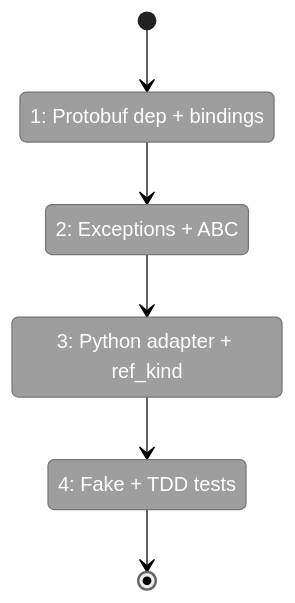
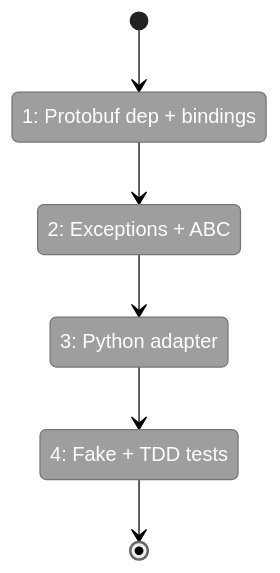
One commit to AI-Substrate/flow_squared changed the first of 2 diagrams in docs/plans/038-scip-cross-file-rels/tasks/phase-1-scip-adapter-foundation/tasks.fltplan.md. Above: the diagram before and after it, drawn with Mermaid (neutral theme). The commit also changed other lines of this file and 3 other files, not shown here.

First line of the commit message:
Drop ref_kind from SCIP plan (DYK-038-01)

````diff
--- a/docs/plans/038-scip-cross-file-rels/tasks/phase-1-scip-adapter-foundation/tasks.fltplan.md
+++ b/docs/plans/038-scip-cross-file-rels/tasks/phase-1-scip-adapter-foundation/tasks.fltplan.md
@@ -40,20 +40,20 @@
 ```mermaid
 stateDiagram-v2
     classDef pending fill:#9E9E9E,stroke:#757575,color:#fff
     classDef active fill:#FFC107,stroke:#FFA000,color:#000
     classDef done fill:#4CAF50,stroke:#388E3C,color:#fff
     classDef blocked fill:#F44336,stroke:#D32F2F,color:#fff
 
     state "1: Protobuf dep + bindings" as S1
     state "2: Exceptions + ABC" as S2
-    state "3: Python adapter + ref_kind" as S3
+    state "3: Python adapter" as S3
     state "4: Fake + TDD tests" as S4
 
     [*] --> S1
     S1 --> S2
     S2 --> S3
     S3 --> S4
     S4 --> [*]
 
     class S1,S2,S3,S4 pending
 ```
````
